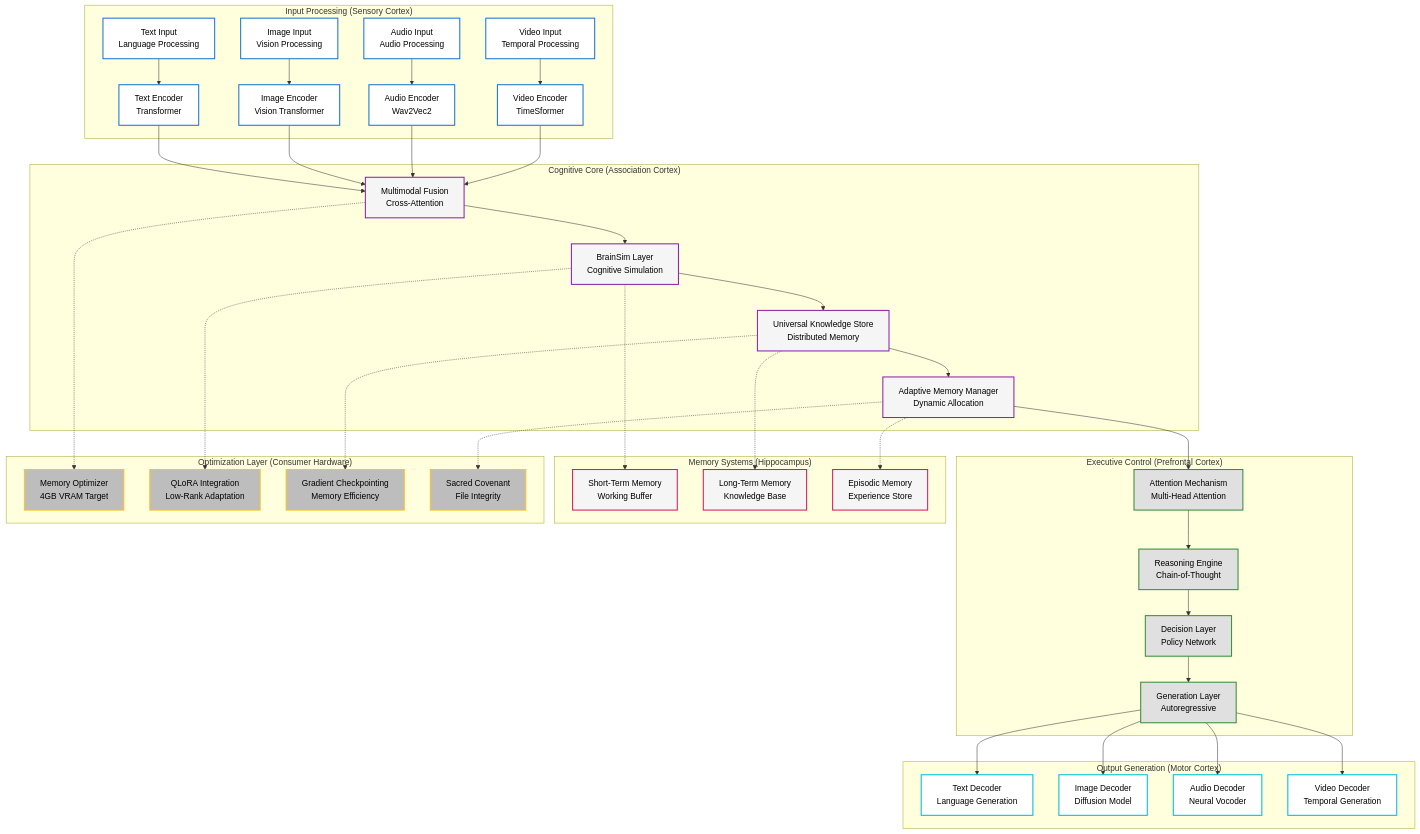
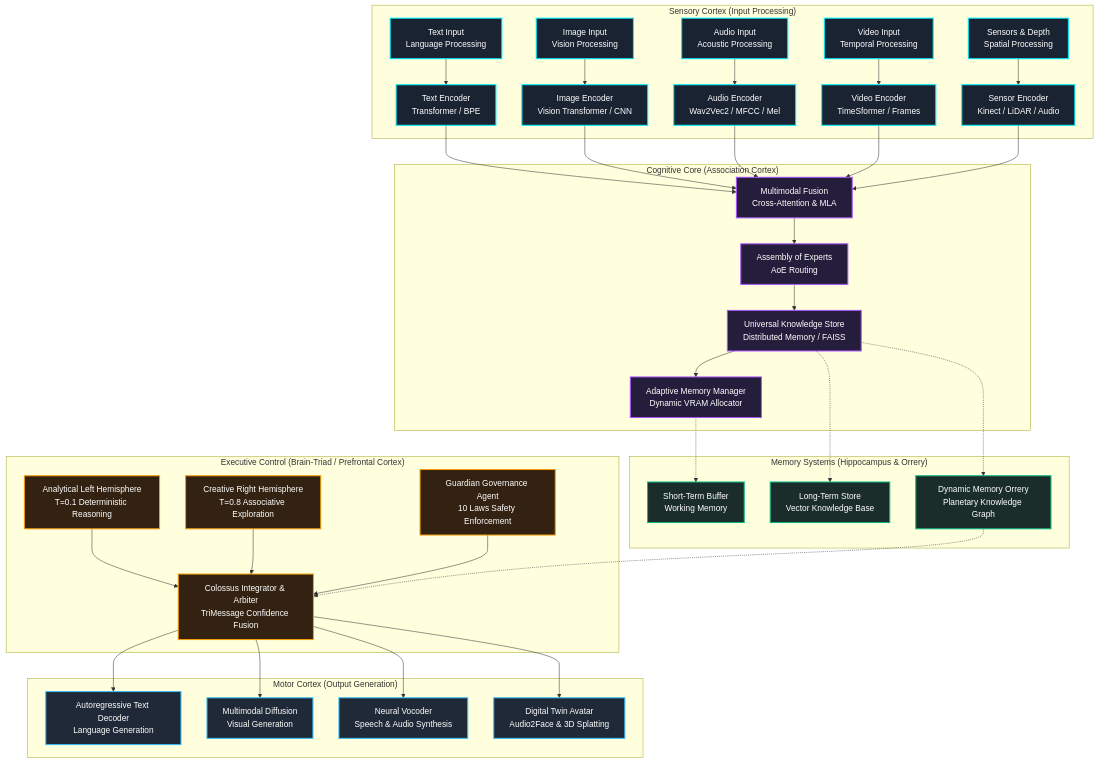
Before and after one commit to kirklasalle/impressioncore: the diagram in README.md, drawn with Mermaid. The commit also changed other lines of this file and 62 other files, not shown here.

Commit message:
docs: update README and User Guide with 2026 canonical model lineup, builder suite, governance, and detailed illustrations

````diff
--- a/README.md
+++ b/README.md
@@ -88,69 +45,62 @@
 ```mermaid
 graph TB
-    subgraph "Input Processing (Sensory Cortex)"
-        TI[Text Input<br/>Language Processing] --> TE[Text Encoder<br/>Transformer]
-        II[Image Input<br/>Vision Processing] --> IE[Image Encoder<br/>Vision Transformer]
-        AI[Audio Input<br/>Audio Processing] --> AE[Audio Encoder<br/>Wav2Vec2]
-        VI[Video Input<br/>Temporal Processing] --> VE[Video Encoder<br/>TimeSformer]
+    subgraph "Sensory Cortex (Input Processing)"
+        TI[Text Input<br/>Language Processing] --> TE[Text Encoder<br/>Transformer / BPE]
+        II[Image Input<br/>Vision Processing] --> IE[Image Encoder<br/>Vision Transformer / CNN]
+        AI[Audio Input<br/>Acoustic Processing] --> AE[Audio Encoder<br/>Wav2Vec2 / MFCC / Mel]
+        VI[Video Input<br/>Temporal Processing] --> VE[Video Encoder<br/>TimeSformer / Frames]
+        SI[Sensors & Depth<br/>Spatial Processing] --> SE[Sensor Encoder<br/>Kinect / LiDAR / Audio]
     end
     
     subgraph "Cognitive Core (Association Cortex)"
-        TE --> MF[Multimodal Fusion<br/>Cross-Attention]
+        TE --> MF[Multimodal Fusion<br/>Cross-Attention & MLA]
         IE --> MF
         AE --> MF
         VE --> MF
-        MF --> BSL[BrainSim Layer<br/>Cognitive Simulation]
-        BSL --> UKS[Universal Knowledge Store<br/>Distributed Memory]
-        UKS --> AMM[Adaptive Memory Manager<br/>Dynamic Allocation]
+        SE --> MF
+        MF --> AOE[Assembly of Experts<br/>AoE Routing]
+        AOE --> UKS[Universal Knowledge Store<br/>Distributed Memory / FAISS]
+        UKS --> AMM[Adaptive Memory Manager<br/>Dynamic VRAM Allocator]
     end
     
-    subgraph "Executive Control (Prefrontal Cortex)"
-        AMM --> ATT[Attention Mechanism<br/>Multi-Head Attention]
-        ATT --> REA[Reasoning Engine<br/>Chain-of-Thought]
-        REA --> DEC[Decision Layer<br/>Policy Network]
-        DEC --> GEN[Generation Layer<br/>Autoregressive]
+    subgraph "Memory Systems (Hippocampus & Orrery)"
+        STM[Short-Term Buffer<br/>Working Memory]
+        LTM[Long-Term Store<br/>Vector Knowledge Base]
+        ORR[Dynamic Memory Orrery<br/>Planetary Knowledge Graph]
     end
     
-    subgraph "Output Generation (Motor Cortex)"
-        GEN --> TD[Text Decoder<br/>Language Generation]
-        GEN --> ID[Image Decoder<br/>Diffusion Model]
-        GEN --> AD[Audio Decoder<br/>Neural Vocoder]
-        GEN --> VD[Video Decoder<br/>Temporal Generation]
+    subgraph "Executive Control (Brain-Triad / Prefrontal Cortex)"
+        LH[Analytical Left Hemisphere<br/>T=0.1 Deterministic Reasoning]
+        RH[Creative Right Hemisphere<br/>T=0.8 Associative Exploration]
+        COL[Colossus Integrator & Arbiter<br/>TriMessage Confidence Fusion]
+        GUARD[Guardian Governance Agent<br/>10 Laws Safety Enforcement]
+        
+        LH --> COL
+        RH --> COL
+        GUARD --> COL
     end
     
-    subgraph "Memory Systems (Hippocampus)"
-        STM[Short-Term Memory<br/>Working Buffer]
-        LTM[Long-Term Memory<br/>Knowledge Base]
-        EM[Episodic Memory<br/>Experience Store]
+    subgraph "Motor Cortex (Output Generation)"
+        COL --> TD[Autoregressive Text Decoder<br/>Language Generation]
+        COL --> ID[Multimodal Diffusion<br/>Visual Generation]
+        COL --> AD[Neural Vocoder<br/>Speech & Audio Synthesis]
+        COL --> AV[Digital Twin Avatar<br/>Audio2Face & 3D Splatting]
     end
     
-    subgraph "Optimization Layer (Consumer Hardware)"
-        MO[Memory Optimizer<br/>4GB VRAM Target]
-        QC[QLoRA Integration<br/>Low-Rank Adaptation]
-        GC[Gradient Checkpointing<br/>Memory Efficiency]
-        SC[Sacred Covenant<br/>File Integrity]
-    end
+    AMM -.-> STM
+    UKS -.-> LTM
+    UKS -.-> ORR
+    ORR -.-> COL
     
-    BSL -.-> STM
-    UKS -.-> LTM
-    AMM -.-> EM
-    MF -.-> MO
-    BSL -.-> QC
-    UKS -.-> GC
-    AMM -.-> SC
+    classDef sensory fill:#1a2332,stroke:#00f0ff,stroke-width:2px,color:#ffffff;
+    classDef cognitive fill:#241d3b,stroke:#a855f7,stroke-width:2px,color:#ffffff;
+    classDef memory fill:#1b2d2b,stroke:#10b981,stroke-width:2px,color:#ffffff;
+    classDef executive fill:#332211,stroke:#f59e0b,stroke-width:2px,color:#ffffff;
+    classDef motor fill:#1f2937,stroke:#38bdf8,stroke-width:2px,color:#ffffff;
     
-    %% ImpressionCore Noir Color Scheme
-    classDef inputLayer fill:#ffffff,stroke:#1976d2,stroke-width:2px,color:#000000
-    classDef cognitiveCore fill:#f5f5f5,stroke:#8e24aa,stroke-width:2px,color:#000000
-    classDef executiveControl fill:#e0e0e0,stroke:#388e3c,stroke-width:2px,color:#000000
-    classDef outputLayer fill:#ffffff,stroke:#00bcd4,stroke-width:2px,color:#000000
-    classDef memorySystem fill:#f5f5f5,stroke:#d81b60,stroke-width:2px,color:#000000
-    classDef optimization fill:#bdbdbd,stroke:#fbc02d,stroke-width:2px,color:#000000
-    
-    class TI,II,AI,VI,TE,IE,AE,VE inputLayer
-    class MF,BSL,UKS,AMM cognitiveCore
-    class ATT,REA,DEC,GEN executiveControl
-    class TD,ID,AD,VD outputLayer
-    class STM,LTM,EM memorySystem
-    class MO,QC,GC,SC optimization
+    class TI,II,AI,VI,SI,TE,IE,AE,VE,SE sensory;
+    class MF,AOE,UKS,AMM cognitive;
+    class STM,LTM,ORR memory;
+    class LH,RH,COL,GUARD executive;
+    class TD,ID,AD,AV motor;
 ```
````
